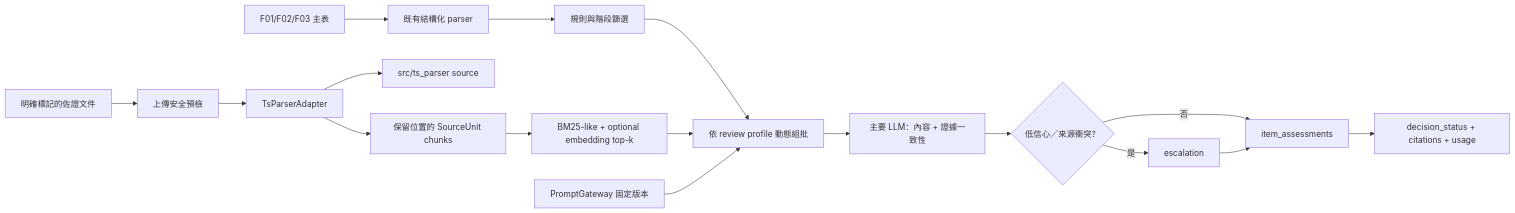
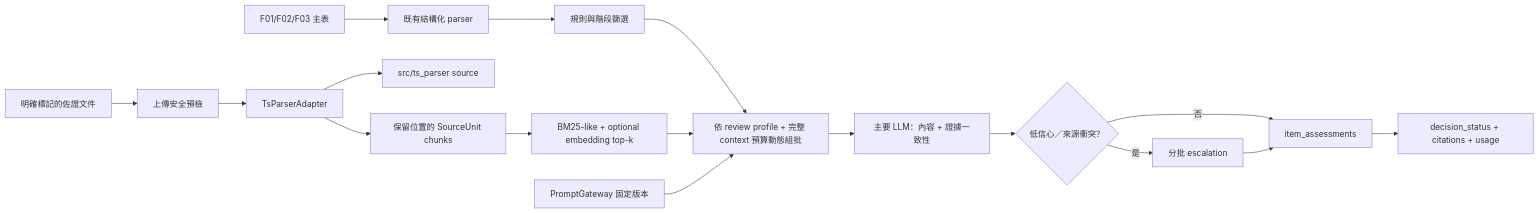
Before and after one commit to xian-ai-1057/AI_gov: the diagram in docs/f03_review_v2.md, drawn with Mermaid. The commit also changed other lines of this file and 22 other files, not shown here.

````diff
--- a/docs/f03_review_v2.md
+++ b/docs/f03_review_v2.md
@@ -5,19 +5,19 @@
 ```mermaid
 flowchart LR
     U["F01/F02/F03 主表"] --> S["既有結構化 parser"]
     D["明確標記的佐證文件"] --> V["上傳安全預檢"]
     V --> A["TsParserAdapter"]
     A --> T["src/ts_parser source"]
     A --> C["保留位置的 SourceUnit chunks"]
     S --> R["規則與階段篩選"]
     C --> H["BM25-like + optional embedding top-k"]
-    R --> B["依 review profile 動態組批"]
+    R --> B["依 review profile + 完整 context 預算動態組批"]
     H --> B
     P["PromptGateway 固定版本"] --> B
     B --> L["主要 LLM：內容 + 證據一致性"]
     L --> E{"低信心／來源衝突？"}
-    E -->|是| X["escalation"]
+    E -->|是| X["分批 escalation"]
     E -->|否| O["item_assessments"]
     X --> O
     O --> Q["decision_status + citations + usage"]
 ```
````
